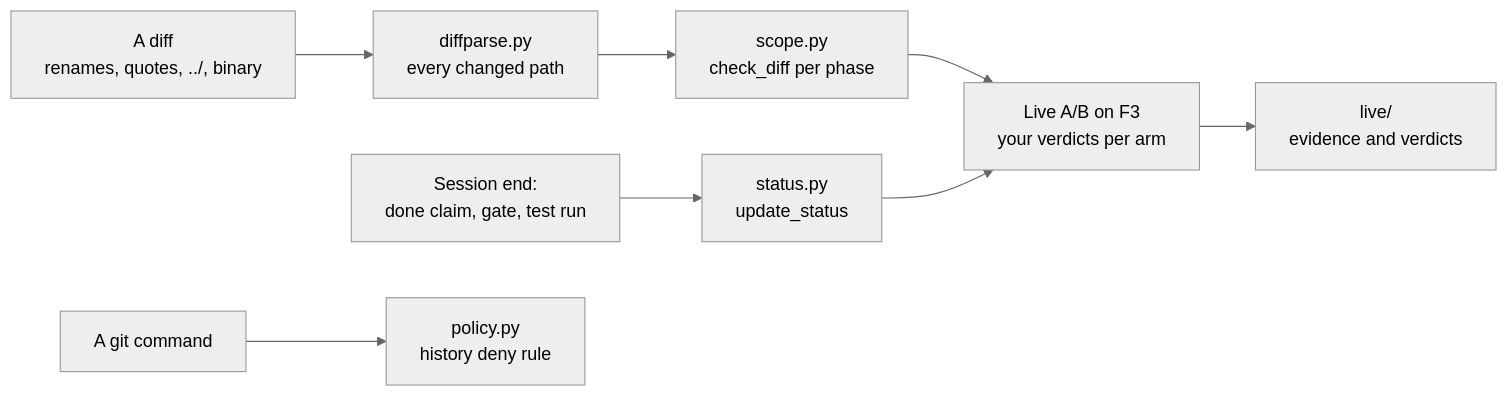
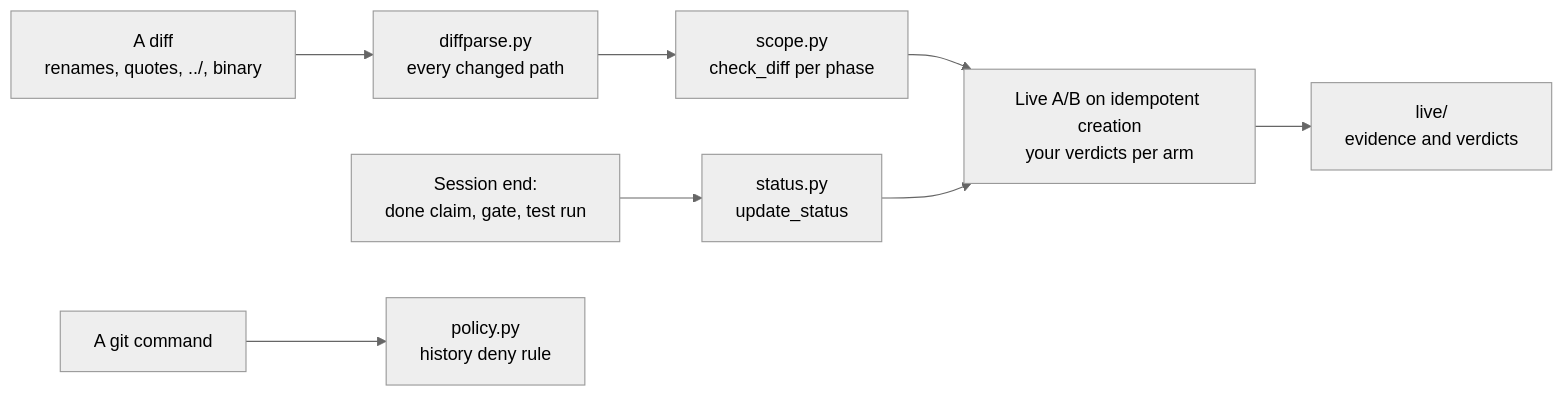
The diagram in section-3-scope-sandbox/assignment/README.md (ANI-IN/shipharness-dev), drawn with Mermaid (neutral theme) before and after one commit. The commit also changed other lines of this file and 41 other files, not shown here.

````diff
--- a/section-3-scope-sandbox/assignment/README.md
+++ b/section-3-scope-sandbox/assignment/README.md
@@ -35,10 +35,10 @@
 ```mermaid
 flowchart LR
   D["A diff<br/>renames, quotes, ../, binary"] --> P["diffparse.py<br/>every changed path"]
   P --> S["scope.py<br/>check_diff per phase"]
   E["Session end:<br/>done claim, gate, test run"] --> U["status.py<br/>update_status"]
   C["A git command"] --> R["policy.py<br/>history deny rule"]
-  S --> L["Live A/B on F3<br/>your verdicts per arm"]
+  S --> L["Live A/B on idempotent creation<br/>your verdicts per arm"]
   U --> L
   L --> V["live/<br/>evidence and verdicts"]
 ```
````
